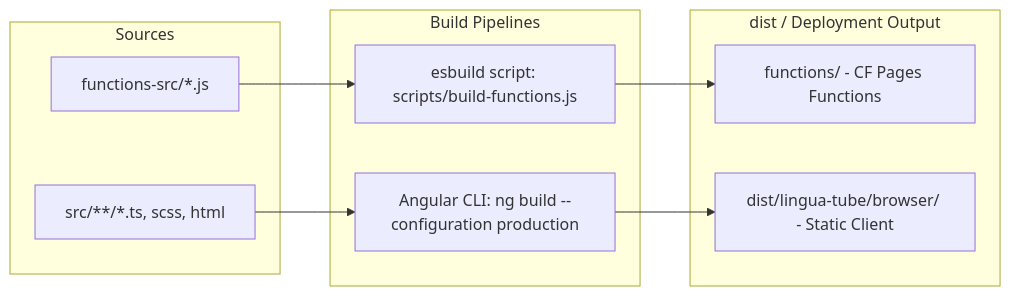
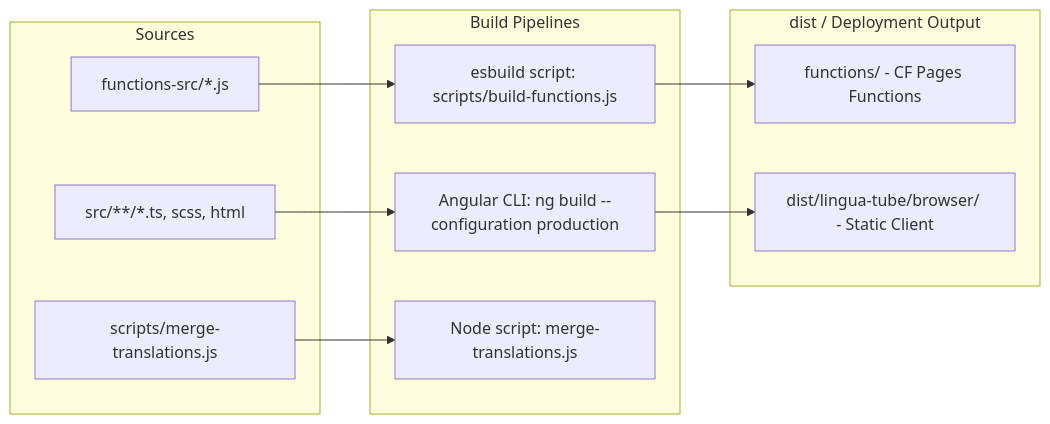
The diagram in doc/tech.md (ghuyphan/LinguaTube), drawn with Mermaid before and after one commit. The commit also changed other lines of this file and 352 other files, not shown here.

````diff
--- a/doc/tech.md
+++ b/doc/tech.md
@@ -102,20 +132,23 @@
 ```mermaid
 graph LR
     subgraph Sources
         F_SRC[functions-src/*.js]
         NG_SRC[src/**/*.ts, scss, html]
+        SCRIPTS[scripts/merge-translations.js]
     end
 
     subgraph BuildPipeline["Build Pipelines"]
         ESB[esbuild script: scripts/build-functions.js]
         NGC[Angular CLI: ng build --configuration production]
+        TR_MERGE[Node script: merge-translations.js]
     end
 
     subgraph Distribution["dist / Deployment Output"]
         OUT_F[functions/ - CF Pages Functions]
         OUT_BR[dist/lingua-tube/browser/ - Static Client]
     end
 
     F_SRC --> ESB --> OUT_F
     NG_SRC --> NGC --> OUT_BR
+    SCRIPTS --> TR_MERGE
 ```
````
